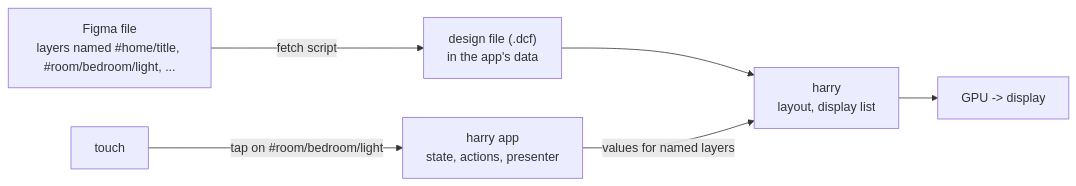
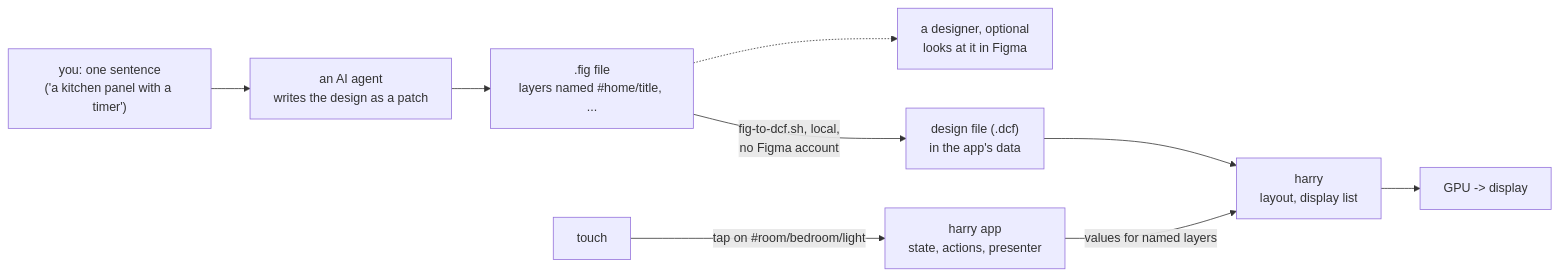
Before and after one commit to sdv-everyware/everyware: the diagram in docs/concepts/5-ui.md, drawn with Mermaid. The commit also changed other lines of this file, not shown here.

First line of the commit message:
Concepts, UI: the design is written by an agent and turned into the .dcf locally

````diff
--- a/docs/concepts/5-ui.md
+++ b/docs/concepts/5-ui.md
@@ -7,11 +8,12 @@
 ```mermaid
 flowchart LR
-    F["Figma file<br/>layers named #home/title, #room/bedroom/light, ..."]
-    D["design file (.dcf)<br/>in the app's data"]
+    U["you: one sentence<br/>('a kitchen panel with a timer')"] --> AG["an AI agent<br/>writes the design as a patch"]
+    AG --> FIG[".fig file<br/>layers named #home/title, ..."]
+    FIG -.-> DS["a designer, optional<br/>looks at it in Figma"]
+    FIG -- "fig-to-dcf.sh, local,<br/>no Figma account" --> D["design file (.dcf)<br/>in the app's data"]
     APP["harry app<br/>state, actions, presenter"]
     H["harry<br/>layout, display list"]
-    G["GPU -> display"]
-    F -- "fetch script" --> D --> H
-    APP -- "values for named layers" --> H --> G
+    D --> H
+    APP -- "values for named layers" --> H --> G["GPU -> display"]
     T["touch"] -- "tap on #room/bedroom/light" --> APP
 ```
````
